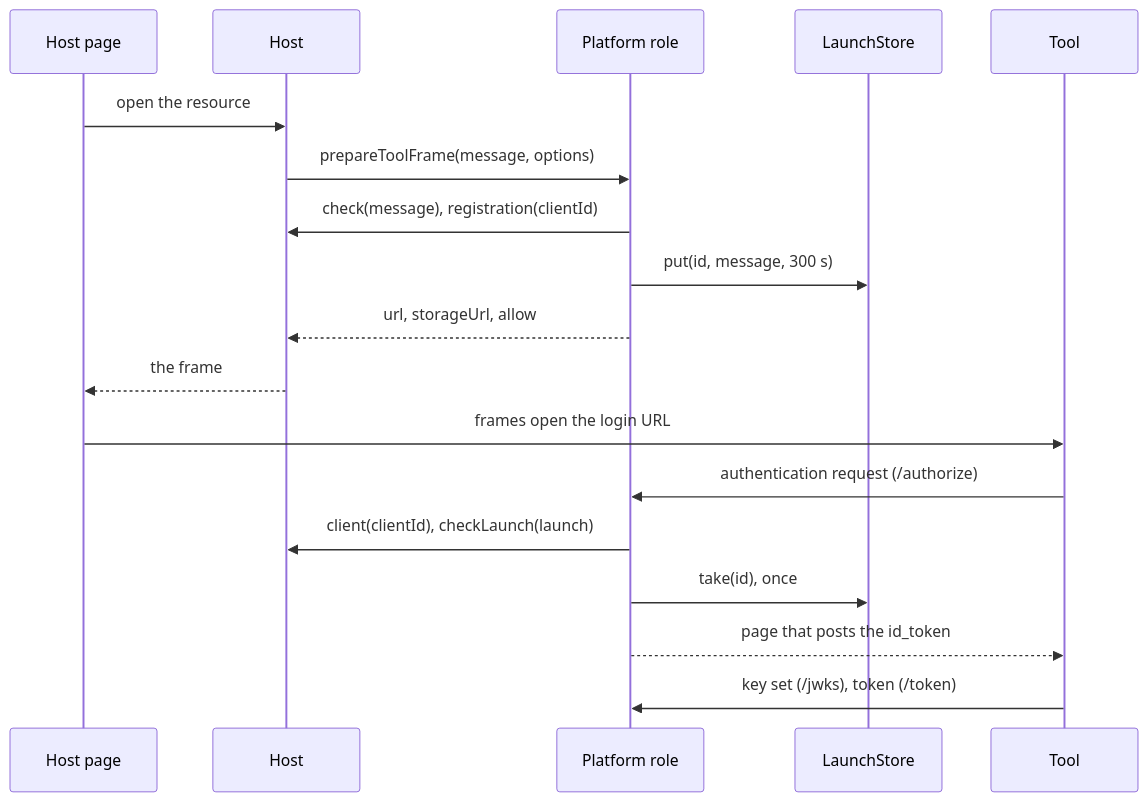
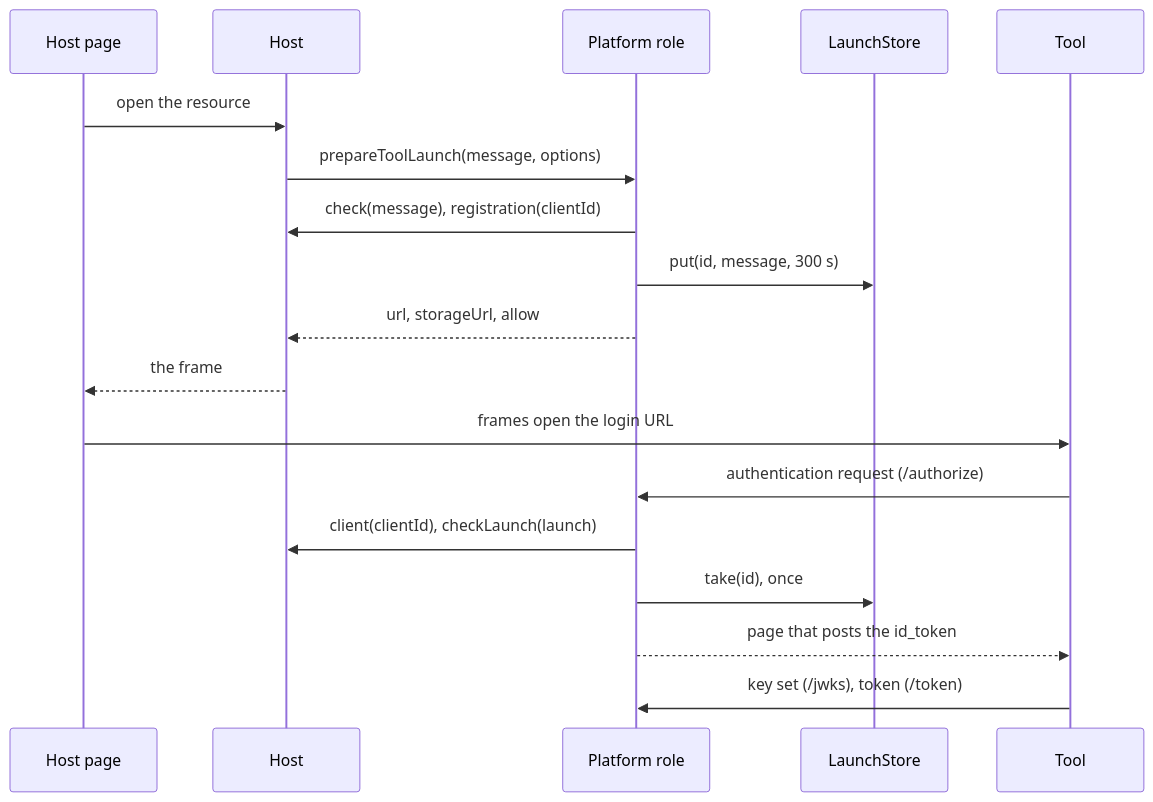
The diagram in docs/tool-integration/platform.md (interopkit/interopkit), drawn with Mermaid before and after one commit. The commit also changed other lines of this file and 22 other files, not shown here.

First line of the commit message:
Prepare a launch with one function, prepareToolLaunch, and fix the names of the two frames

````diff
--- a/docs/tool-integration/platform.md
+++ b/docs/tool-integration/platform.md
@@ -12,20 +12,20 @@
 ```mermaid
 sequenceDiagram
   participant P as Host page
   participant H as Host
   participant K as Platform role
   participant S as LaunchStore
   participant T as Tool
   P->>H: open the resource
-  H->>K: prepareToolFrame(message, options)
+  H->>K: prepareToolLaunch(message, options)
   K->>H: check(message), registration(clientId)
   K->>S: put(id, message, 300 s)
   K-->>H: url, storageUrl, allow
   H-->>P: the frame
   P->>T: frames open the login URL
   T->>K: authentication request (/authorize)
   K->>H: client(clientId), checkLaunch(launch)
   K->>S: take(id), once
   K-->>T: page that posts the id_token
   T->>K: key set (/jwks), token (/token)
 ```
````
